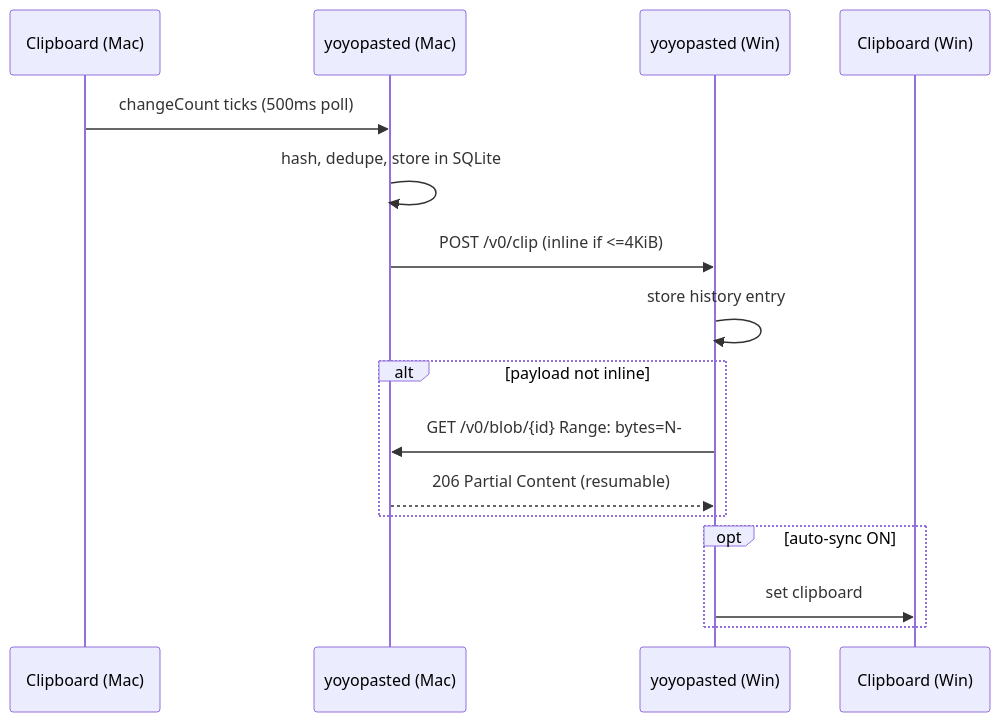
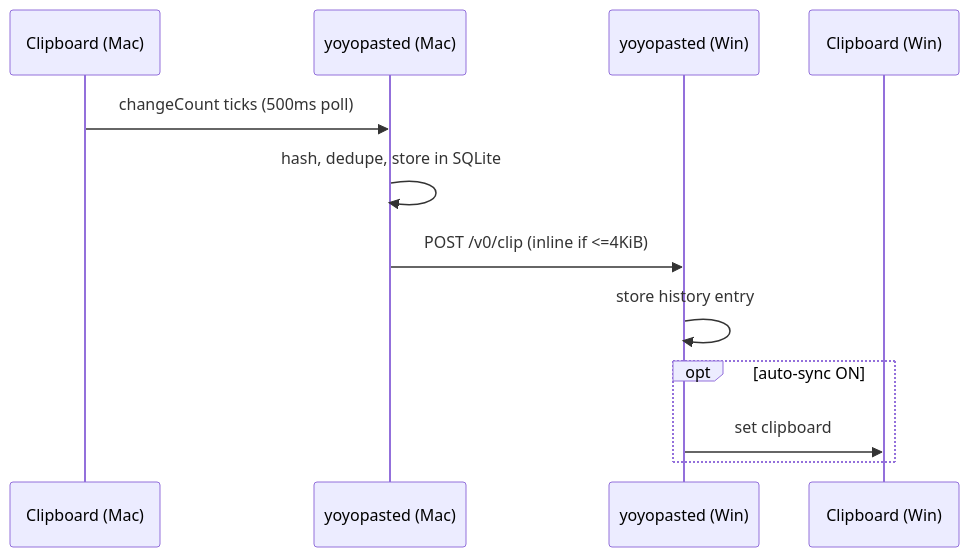
Before and after one commit to Yeyo-N/YoYoPaste: the first of 2 diagrams in docs/ARCHITECTURE.md, drawn with Mermaid. The commit also changed other lines of this file and 3 other files, not shown here.

````diff
--- a/docs/ARCHITECTURE.md
+++ b/docs/ARCHITECTURE.md
@@ -69,19 +70,15 @@
 ```mermaid
 sequenceDiagram
     participant CA as Clipboard (Mac)
     participant DA as yoyopasted (Mac)
     participant DB as yoyopasted (Win)
     participant CB as Clipboard (Win)
 
     CA->>DA: changeCount ticks (500ms poll)
     DA->>DA: hash, dedupe, store in SQLite
     DA->>DB: POST /v0/clip  (inline if <=4KiB)
     DB->>DB: store history entry
-    alt payload not inline
-        DB->>DA: GET /v0/blob/{id}  Range: bytes=N-
-        DA-->>DB: 206 Partial Content (resumable)
-    end
     opt auto-sync ON
         DB->>CB: set clipboard
     end
 ```
````
